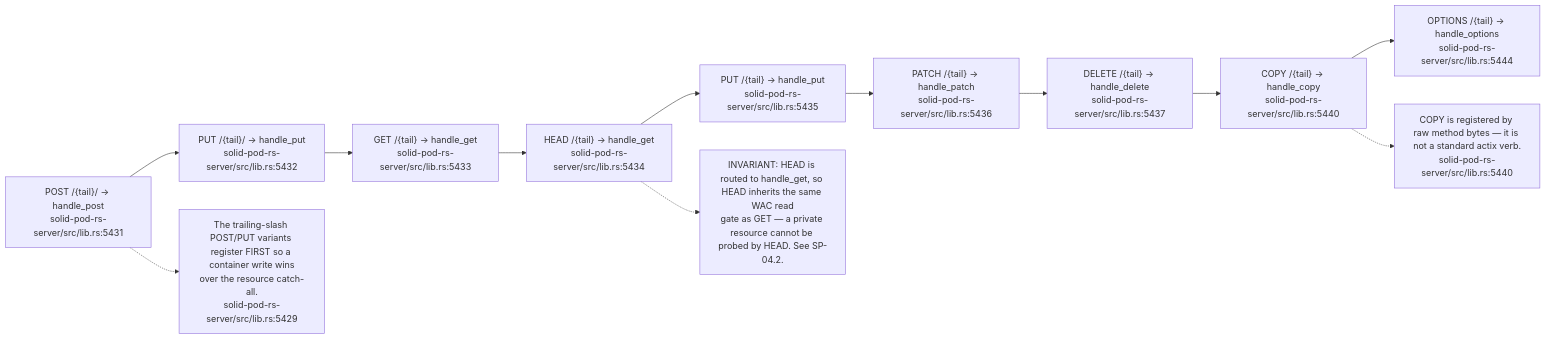
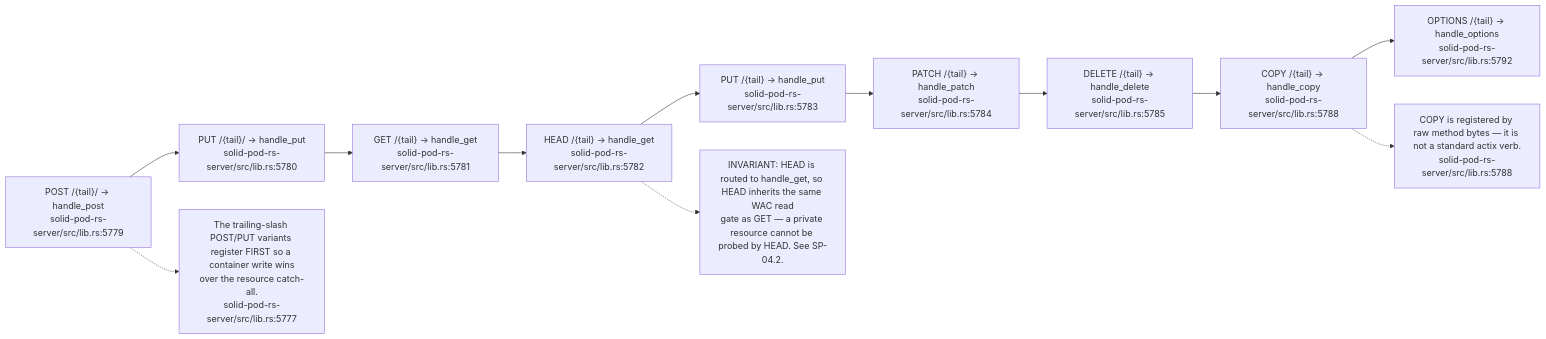
One commit to DreamLab-AI/VisionFlow changed the tenth of 11 diagrams in docs/diagrams/solid-pod-rs/02-server-boot-and-routes.md. Above: the diagram before and after it, drawn with Mermaid. The commit also changed other lines of this file and 154 other files, not shown here.

First line of the commit message:
docs(diagrams): re-stamp 154 topics whose every citation still reads the same text at the current heads

````diff
--- a/docs/diagrams/solid-pod-rs/02-server-boot-and-routes.md
+++ b/docs/diagrams/solid-pod-rs/02-server-boot-and-routes.md
@@ -298,21 +298,21 @@
 ```mermaid
 flowchart LR
-    P1["POST /{tail}/ -> handle_post<br/>solid-pod-rs-server/src/lib.rs:5431"]
-    P2["PUT /{tail}/ -> handle_put<br/>solid-pod-rs-server/src/lib.rs:5432"]
-    G["GET /{tail} -> handle_get<br/>solid-pod-rs-server/src/lib.rs:5433"]
-    H["HEAD /{tail} -> handle_get<br/>solid-pod-rs-server/src/lib.rs:5434"]
-    PU["PUT /{tail} -> handle_put<br/>solid-pod-rs-server/src/lib.rs:5435"]
-    PA["PATCH /{tail} -> handle_patch<br/>solid-pod-rs-server/src/lib.rs:5436"]
-    DE["DELETE /{tail} -> handle_delete<br/>solid-pod-rs-server/src/lib.rs:5437"]
-    CO["COPY /{tail} -> handle_copy<br/>solid-pod-rs-server/src/lib.rs:5440"]
-    OP["OPTIONS /{tail} -> handle_options<br/>solid-pod-rs-server/src/lib.rs:5444"]
+    P1["POST /{tail}/ -> handle_post<br/>solid-pod-rs-server/src/lib.rs:5779"]
+    P2["PUT /{tail}/ -> handle_put<br/>solid-pod-rs-server/src/lib.rs:5780"]
+    G["GET /{tail} -> handle_get<br/>solid-pod-rs-server/src/lib.rs:5781"]
+    H["HEAD /{tail} -> handle_get<br/>solid-pod-rs-server/src/lib.rs:5782"]
+    PU["PUT /{tail} -> handle_put<br/>solid-pod-rs-server/src/lib.rs:5783"]
+    PA["PATCH /{tail} -> handle_patch<br/>solid-pod-rs-server/src/lib.rs:5784"]
+    DE["DELETE /{tail} -> handle_delete<br/>solid-pod-rs-server/src/lib.rs:5785"]
+    CO["COPY /{tail} -> handle_copy<br/>solid-pod-rs-server/src/lib.rs:5788"]
+    OP["OPTIONS /{tail} -> handle_options<br/>solid-pod-rs-server/src/lib.rs:5792"]
 
     P1 --> P2 --> G --> H --> PU --> PA --> DE --> CO --> OP
 
-    N1["The trailing-slash POST/PUT variants register FIRST so a container write wins\nover the resource catch-all.<br/>solid-pod-rs-server/src/lib.rs:5429"]
+    N1["The trailing-slash POST/PUT variants register FIRST so a container write wins\nover the resource catch-all.<br/>solid-pod-rs-server/src/lib.rs:5777"]
     P1 -.-> N1
     N2["INVARIANT: HEAD is routed to handle_get, so HEAD inherits the same WAC read\ngate as GET — a private resource cannot be probed by HEAD. See SP-04.2."]
     H -.-> N2
-    N3["COPY is registered by raw method bytes — it is not a standard actix verb.<br/>solid-pod-rs-server/src/lib.rs:5440"]
+    N3["COPY is registered by raw method bytes — it is not a standard actix verb.<br/>solid-pod-rs-server/src/lib.rs:5788"]
     CO -.-> N3
 ```
````
